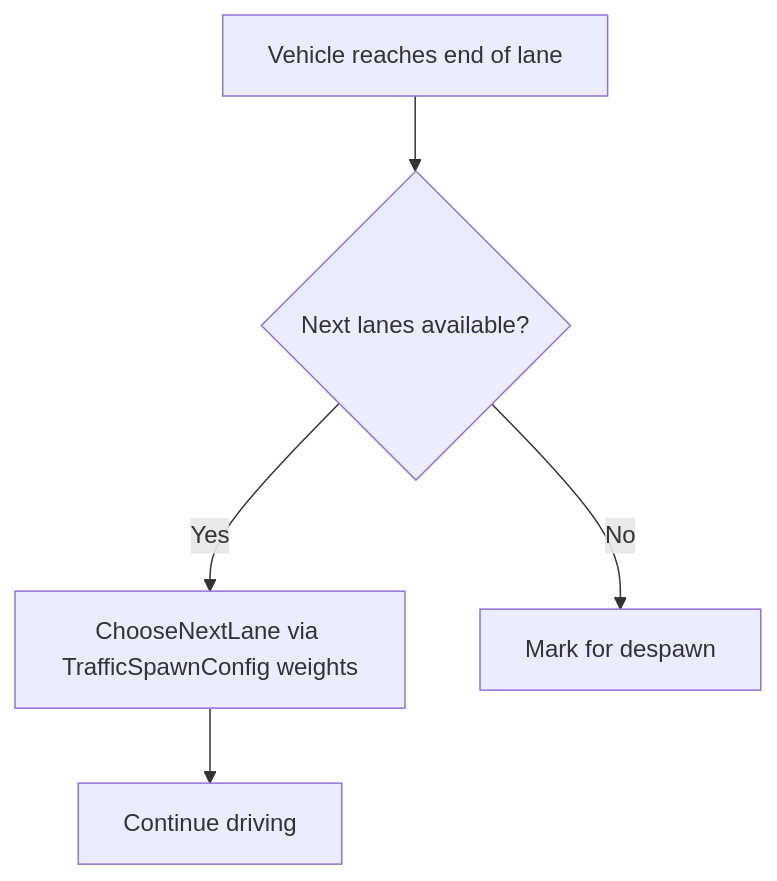
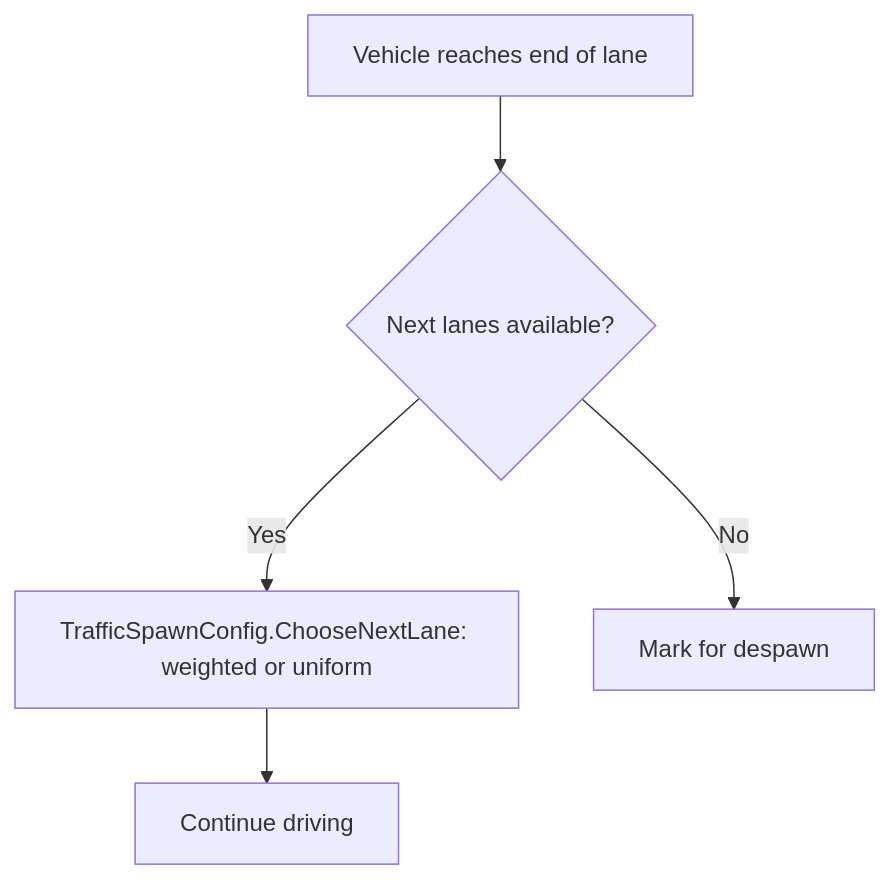
One commit to tlab-wide/V2X_E2E_Simulator changed the second of 2 diagrams in docs/Components/Traffic/index.md. Above: the diagram before and after it, drawn with Mermaid. The commit also changed other lines of this file and 21 other files, not shown here.

````diff
--- a/docs/Components/Traffic/index.md
+++ b/docs/Components/Traffic/index.md
@@ -136,7 +150,7 @@
 ```mermaid
 flowchart TD
     A[Vehicle reaches end of lane] --> B{Next lanes available?}
-    B -- Yes --> C[ChooseNextLane via TrafficSpawnConfig weights]
+    B -- Yes --> C[TrafficSpawnConfig.ChooseNextLane: weighted or uniform]
     B -- No --> D[Mark for despawn]
     C --> E[Continue driving]
 ```
````
